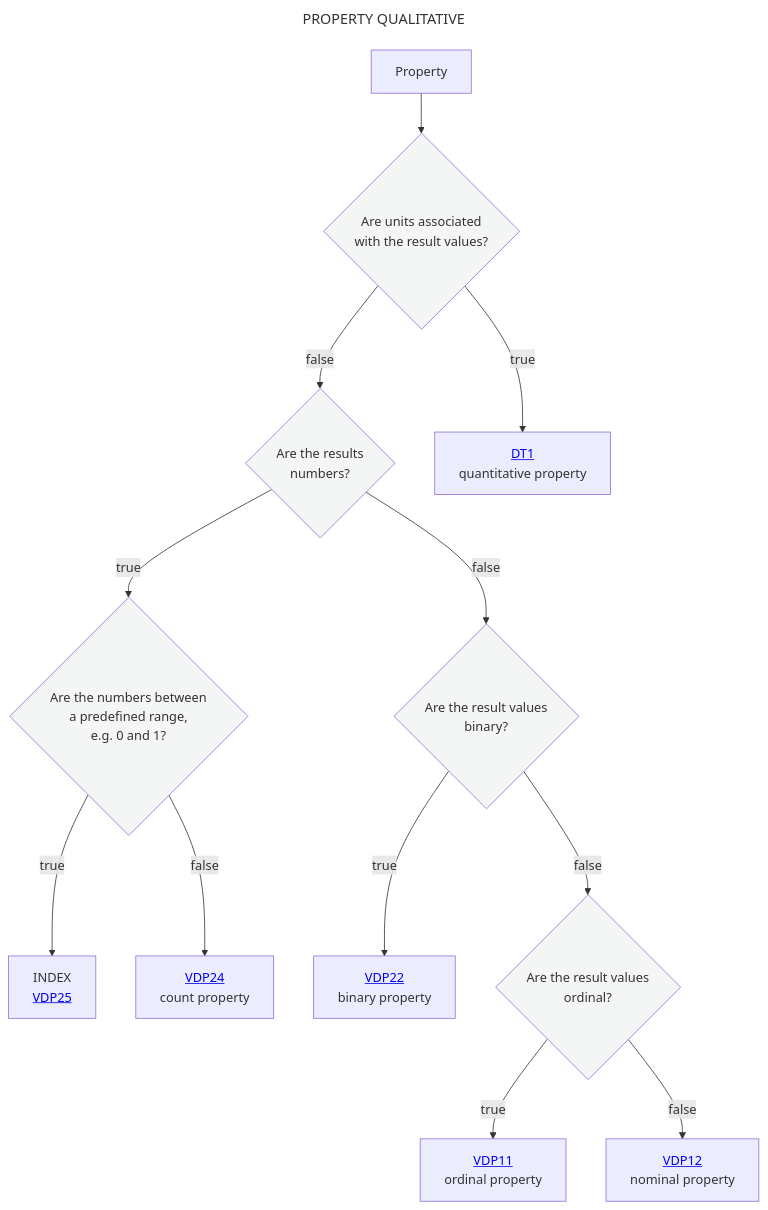
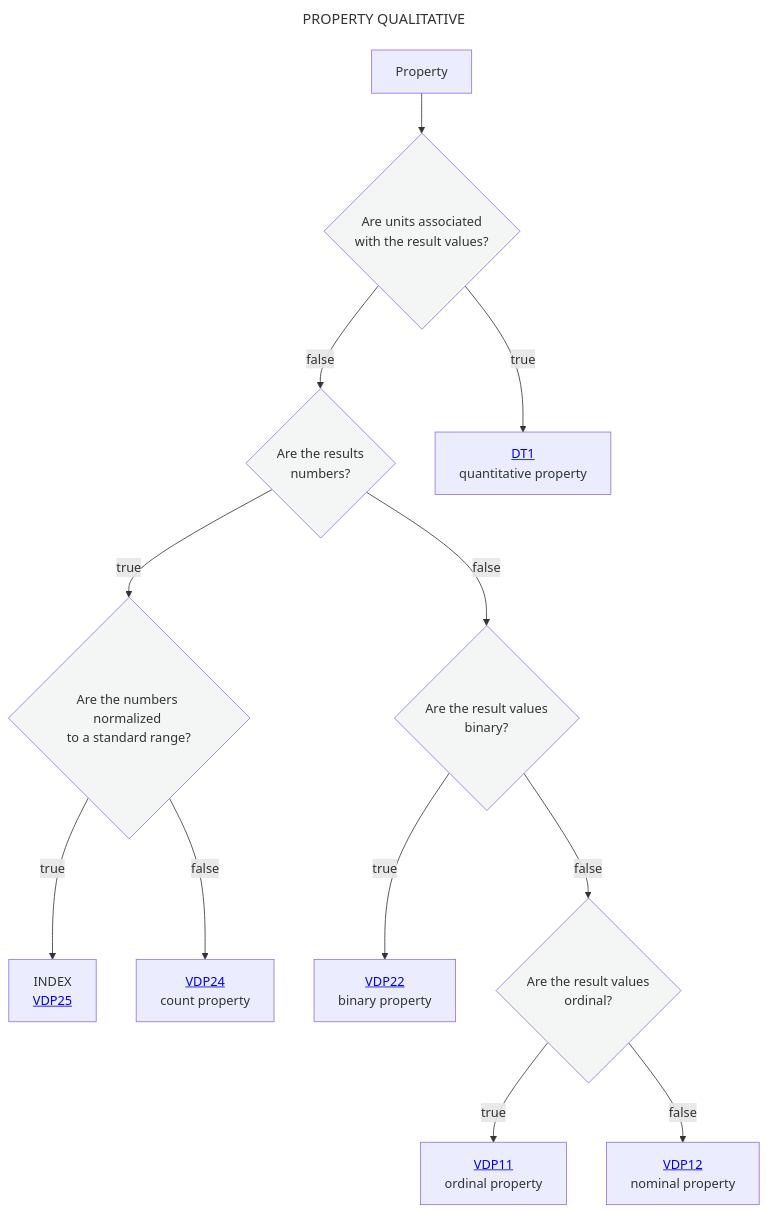
The diagram in Decisition_trees/DT0.mmd (mabablue/I-ADOPT-patterns-playground), drawn with Mermaid before and after one commit.

Commit message:
Update decision tree for number normalization check

```diff
--- a/Decisition_trees/DT0.mmd
+++ b/Decisition_trees/DT0.mmd
@@ -1,19 +1,19 @@
 ---
 title: PROPERTY QUALITATIVE
 ---
 flowchart TD
     A[Property] --> B{Are units associated <br> with the result values?}:::white
     B --> |false|C{Are the results <br> numbers?}:::white
     B --> |true|D[<a href='https://github.com/mabablue/I-ADOPT-patterns-playground/blob/main/Decisition_trees/DT1.mmd'>DT1</a><br> quantitative property] 
     C --> |false|E{Are the result values <br> binary?}:::white
-    C --> |true|H{Are the numbers between <br>a predefined range, <br> e.g. 0 and 1?}:::white
+    C --> |true|H{Are the numbers normalized <br>to a standard range?}:::white
     H --> |true|HI[INDEX <br> <a href='https://github.com/mabablue/I-ADOPT-patterns-playground/blob/main/pattern/VDP25.yaml'>VDP25</a>]
     H --> |false|HK[<a href='https://github.com/mabablue/I-ADOPT-patterns-playground/blob/main/pattern/VDP24.yaml'>VDP24</a><br> count property] 
     E --> |true|F[<a href='https://github.com/mabablue/I-ADOPT-patterns-playground/blob/main/pattern/VDP22.yaml'>VDP22</a><br> binary property] 
     E --> |false|I{Are the result values <br> ordinal?}:::white
     I --> |true|J[<a href='https://github.com/mabablue/I-ADOPT-patterns-playground/blob/main/pattern/VDP11.yaml'>VDP11</a><br> ordinal property] 
     I --> |false|K[<a href='https://github.com/mabablue/I-ADOPT-patterns-playground/blob/main/pattern/VDP12.yaml'>VDP12</a><br> nominal property] 
    classDef blue fill:#90D5FF
    classDef satblue fill:#57B9FF 
    classDef white fill:#f3f6f4
    classDef green fill:#6aa84f
```
